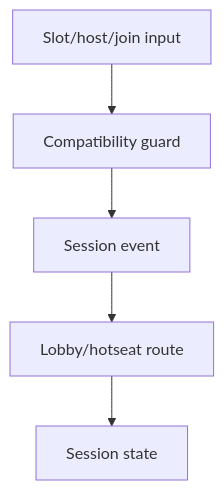
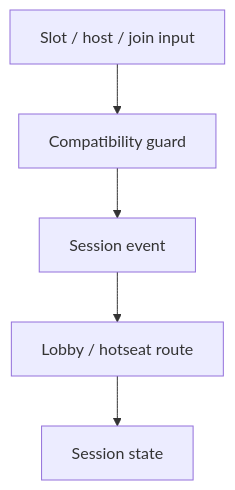
Before and after one commit to SunaNoOshiro/Heroes_Reforged_AI_Realms: the third of 5 diagrams in docs/architecture/wiki/screens/62-multiplayer-setup/architecture.md, drawn with Mermaid. The commit also changed other lines of this file and 518 other files, not shown here.

First line of the commit message:
Add doc-audit skill and sweep architecture/screen docs

````diff
--- a/docs/architecture/wiki/screens/62-multiplayer-setup/architecture.md
+++ b/docs/architecture/wiki/screens/62-multiplayer-setup/architecture.md
@@ -44,8 +55,8 @@
 ```mermaid
 flowchart TD
-  I0["Slot/host/join input"] --> I1
+  I0["Slot / host / join input"] --> I1
   I1["Compatibility guard"] --> I2
   I2["Session event"] --> I3
-  I3["Lobby/hotseat route"] --> I4
+  I3["Lobby / hotseat route"] --> I4
   I4["Session state"]
 ```
````
